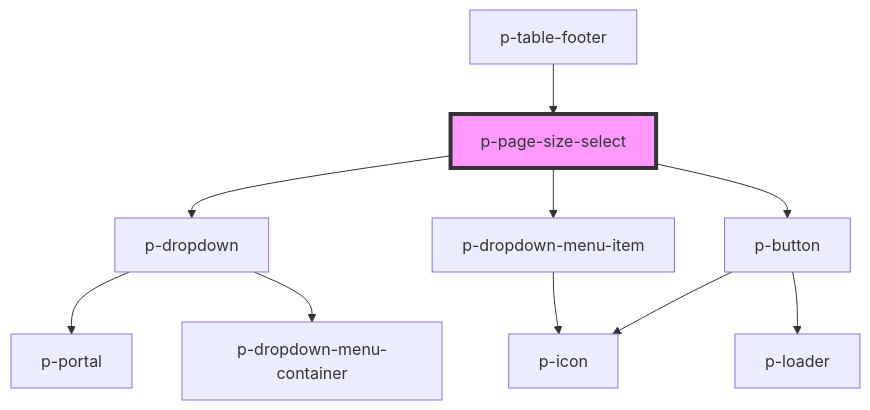
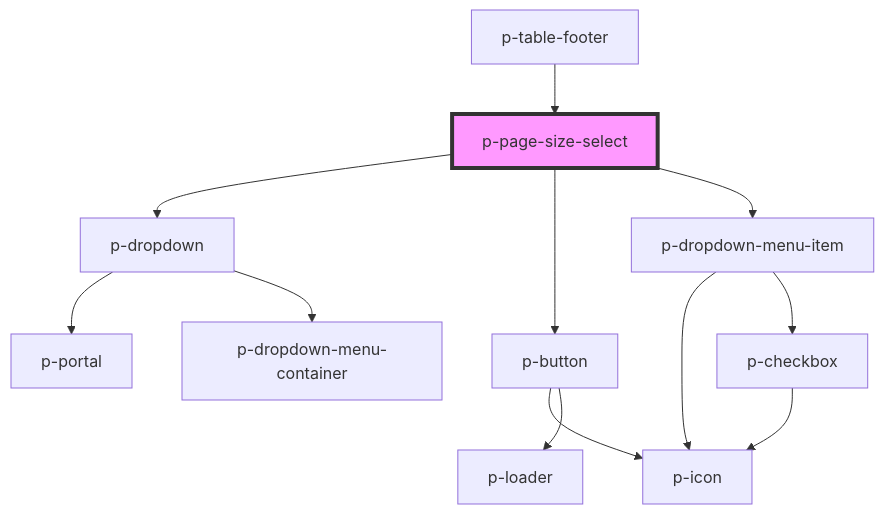
The diagram in packages/core/src/components/molecules/page-size-select/readme.md (Employes/Paperless), drawn with Mermaid before and after one commit. The commit also changed 5 other files, not shown here.

Commit message:
feat(atoms/dropdown-menu/item): Use p-checkbox instead of p-input

````diff
--- a/packages/core/src/components/molecules/page-size-select/readme.md
+++ b/packages/core/src/components/molecules/page-size-select/readme.md
@@ -41,13 +41,15 @@
 ```mermaid
 graph TD;
   p-page-size-select --> p-dropdown
   p-page-size-select --> p-button
   p-page-size-select --> p-dropdown-menu-item
   p-dropdown --> p-portal
   p-dropdown --> p-dropdown-menu-container
   p-button --> p-icon
   p-button --> p-loader
   p-dropdown-menu-item --> p-icon
+  p-dropdown-menu-item --> p-checkbox
+  p-checkbox --> p-icon
   p-table-footer --> p-page-size-select
   style p-page-size-select fill:#f9f,stroke:#333,stroke-width:4px
 ```
````
